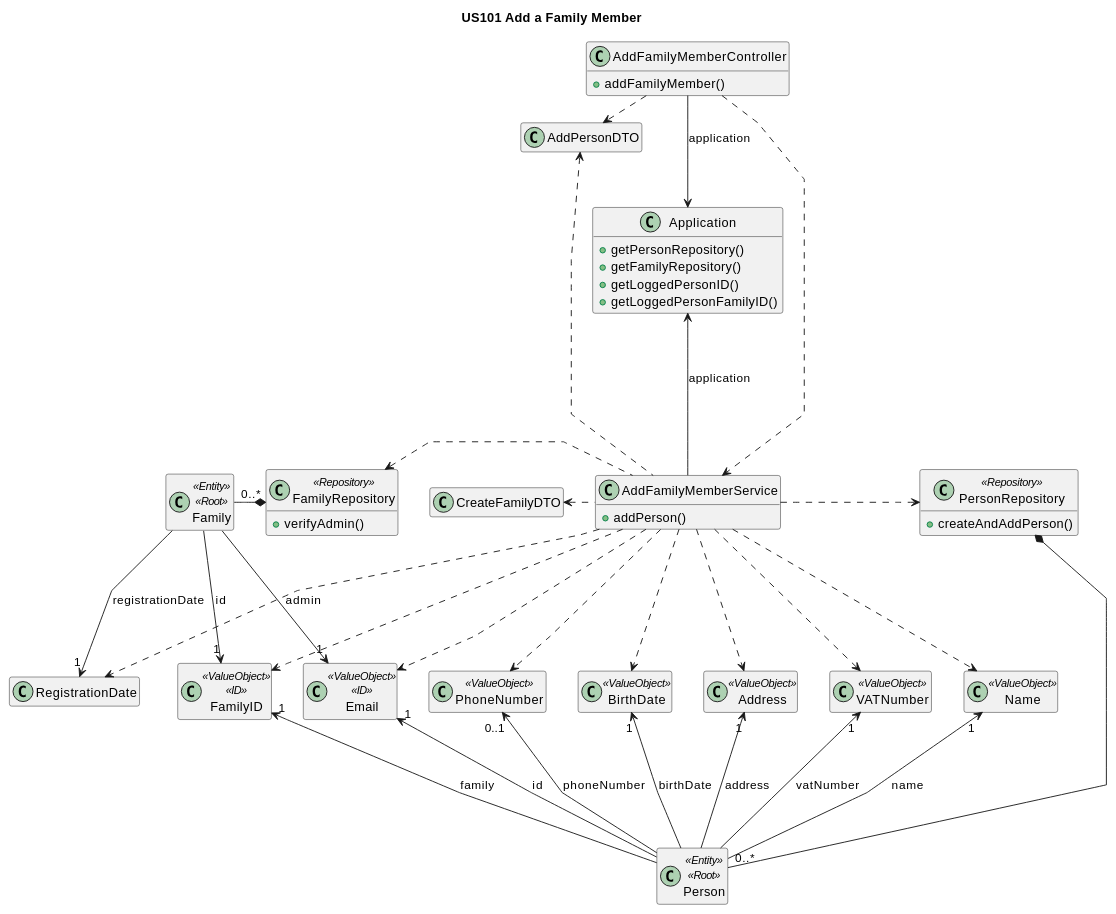
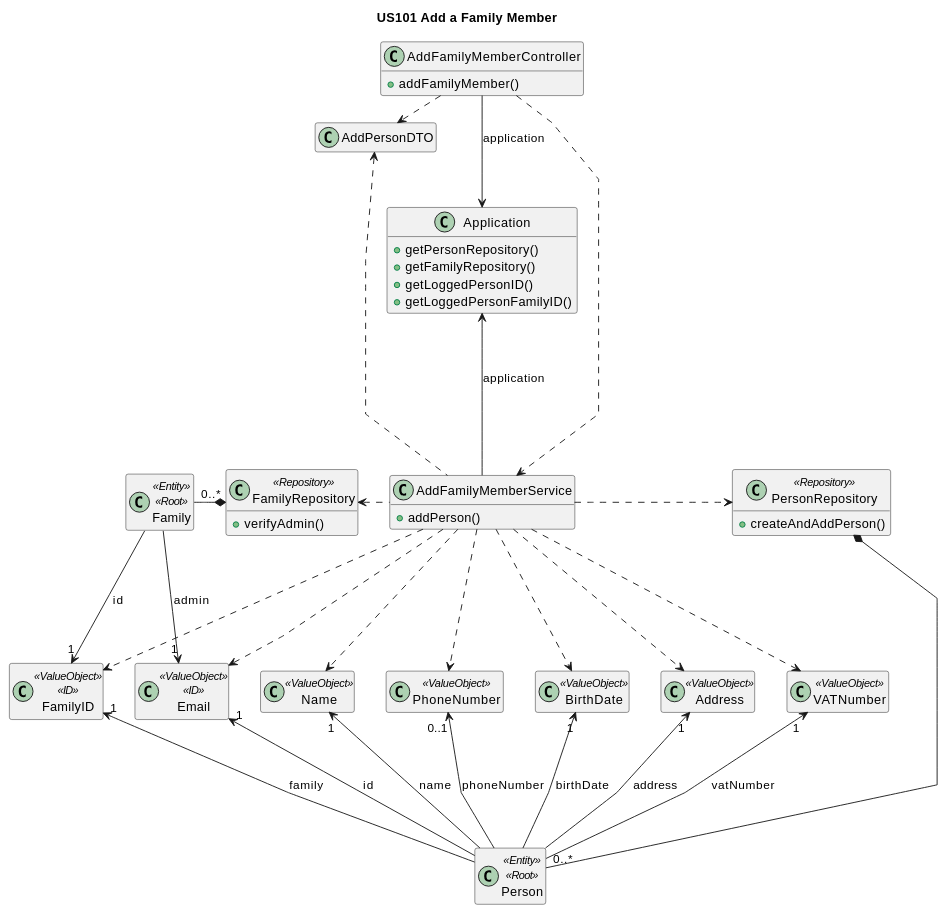
Before and after one commit to tomas-osswald/switch_2020_g3: the third of 4 diagrams in docs/sprint3/user_stories/US101_AddFamilyMember.md, drawn with PlantUML. The commit also changed other lines of this file and 1 other file, not shown here.

```diff
--- a/docs/sprint3/user_stories/US101_AddFamilyMember.md
+++ b/docs/sprint3/user_stories/US101_AddFamilyMember.md
@@ -226,7 +213,7 @@
 AddFamilyMemberController -d---.> AddFamilyMemberService
 
 AddFamilyMemberService -u-> Application : application
-AddFamilyMemberService .u> CreateFamilyDTO
+
 AddFamilyMemberService .u> AddPersonDTO
 AddFamilyMemberService --.l--> FamilyRepository
 AddFamilyMemberService .r> PersonRepository
@@ -237,13 +224,12 @@
 AddFamilyMemberService -d-.> PhoneNumber
 AddFamilyMemberService -d-.> Name
 AddFamilyMemberService -d-.> VATNumber
-AddFamilyMemberService -d-.> RegistrationDate
+
 
 FamilyRepository *--l-- "0..*" Family
 PersonRepository *--d--- "0..*" Person
 
 Family -down-> "1" Email : admin
-Family -down-> "1" RegistrationDate : registrationDate
 Family -down-> "1" FamilyID : id
 
 Person -u--> "1" FamilyID : family
```
